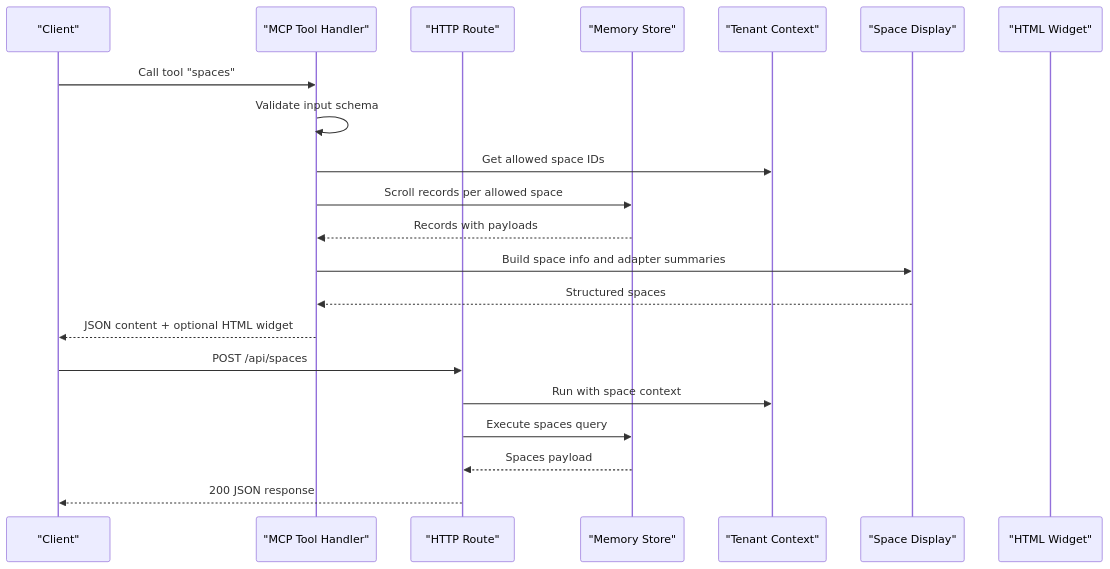
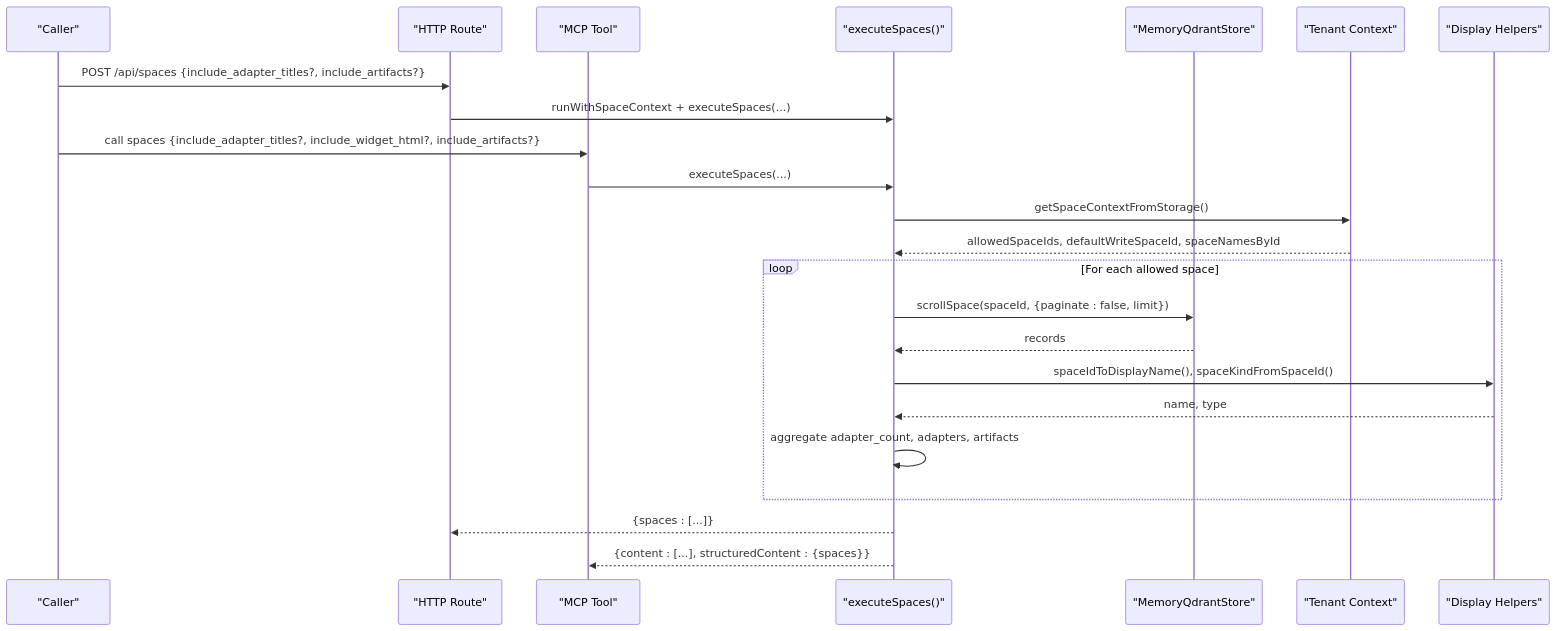
One commit to SquadRules/mcp changed the second of 5 diagrams in .qoder/repowiki/en/content/MCP Tools Reference/Spaces Tool.md. Above: the diagram before and after it, drawn with Mermaid. The commit also changed other lines of this file and 553 other files, not shown here.

````diff
--- a/.qoder/repowiki/en/content/MCP Tools Reference/Spaces Tool.md
+++ b/.qoder/repowiki/en/content/MCP Tools Reference/Spaces Tool.md
@@ -176,23 +93,25 @@
 ```mermaid
 sequenceDiagram
-participant Client as "Client"
-participant MCP as "MCP Tool Handler"
-participant HTTP as "HTTP Route"
-participant Store as "Memory Store"
-participant Context as "Tenant Context"
-participant Display as "Space Display"
-participant Widget as "HTML Widget"
-Client->>MCP : Call tool "spaces"
-MCP->>MCP : Validate input schema
-MCP->>Context : Get allowed space IDs
-MCP->>Store : Scroll records per allowed space
-Store-->>MCP : Records with payloads
-MCP->>Display : Build space info and adapter summaries
-Display-->>MCP : Structured spaces
-MCP-->>Client : JSON content + optional HTML widget
-Client->>HTTP : POST /api/spaces
-HTTP->>Context : Run with space context
-HTTP->>Store : Execute spaces query
-Store-->>HTTP : Spaces payload
-HTTP-->>Client : 200 JSON response
+participant Caller as "Caller"
+participant Http as "HTTP Route"
+participant Tool as "MCP Tool"
+participant Exec as "executeSpaces()"
+participant Store as "MemoryQdrantStore"
+participant Ctx as "Tenant Context"
+participant Disp as "Display Helpers"
+Caller->>Http : POST /api/spaces {include_adapter_titles?, include_artifacts?}
+Http->>Exec : runWithSpaceContext + executeSpaces(...)
+Caller->>Tool : call spaces {include_adapter_titles?, include_widget_html?, include_artifacts?}
+Tool->>Exec : executeSpaces(...)
+Exec->>Ctx : getSpaceContextFromStorage()
+Ctx-->>Exec : allowedSpaceIds, defaultWriteSpaceId, spaceNamesById
+loop For each allowed space
+Exec->>Store : scrollSpace(spaceId, {paginate : false, limit})
+Store-->>Exec : records
+Exec->>Disp : spaceIdToDisplayName(), spaceKindFromSpaceId()
+Disp-->>Exec : name, type
+Exec->>Exec : aggregate adapter_count, adapters, artifacts
+end
+Exec-->>Http : {spaces : [...]}
+Exec-->>Tool : {content : [...], structuredContent : {spaces}}
 ```
````
